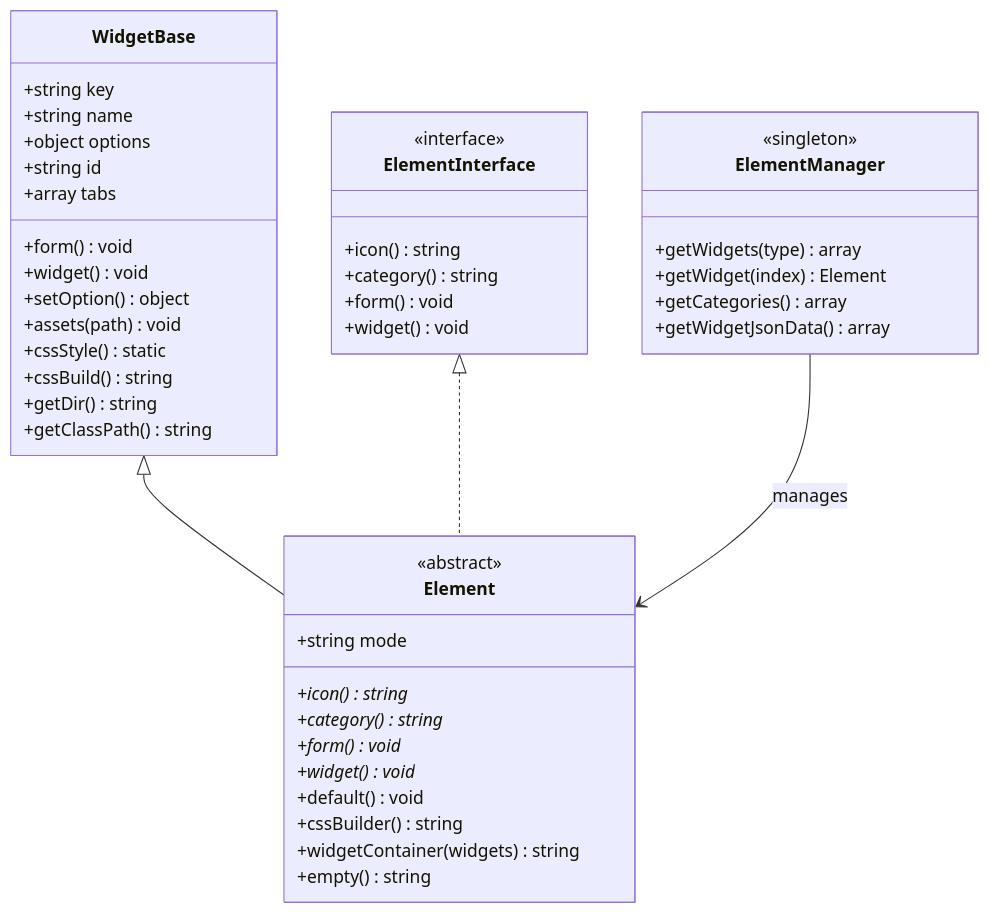
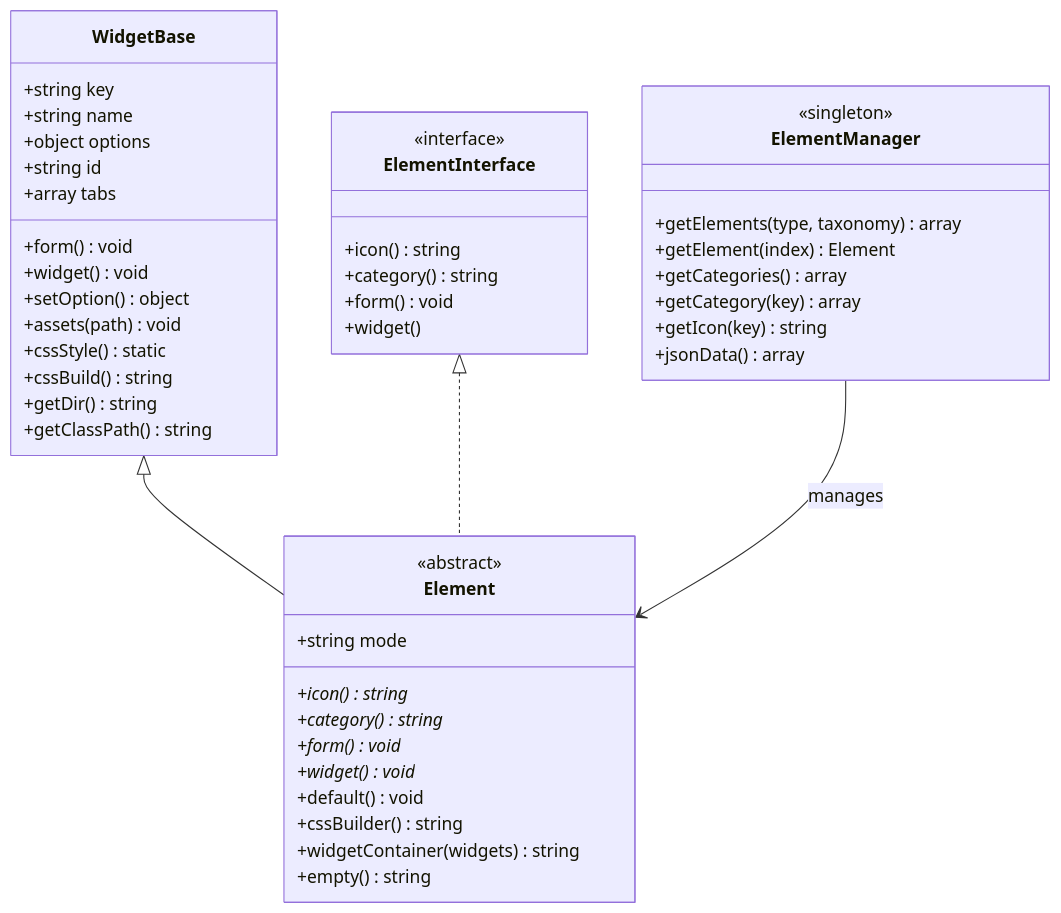
Before and after one commit to huutrongdev93/cms-docs: the first of 3 diagrams in docs/doc/10-Theme Development/07-Theme-Elements.md, drawn with Mermaid. The commit also changed other lines of this file and 91 other files, not shown here.

````diff
--- a/docs/doc/10-Theme Development/07-Theme-Elements.md
+++ b/docs/doc/10-Theme Development/07-Theme-Elements.md
@@ -9,51 +9,53 @@
 ```mermaid
 classDiagram
     class WidgetBase {
         +string key
         +string name
         +object options
         +string id
         +array tabs
         +form() void
         +widget() void
         +setOption() object
         +assets(path) void
         +cssStyle() static
         +cssBuild() string
         +getDir() string
         +getClassPath() string
     }
 
     class Element {
         <<abstract>>
         +string mode
         +icon() string*
         +category() string*
         +form() void*
         +widget() void*
         +default() void
         +cssBuilder() string
         +widgetContainer(widgets) string
         +empty() string
     }
 
     class ElementInterface {
         <<interface>>
         +icon() string
         +category() string
         +form() void
-        +widget() void
+        +widget()
     }
 
     class ElementManager {
         <<singleton>>
-        +getWidgets(type) array
-        +getWidget(index) Element
+        +getElements(type, taxonomy) array
+        +getElement(index) Element
         +getCategories() array
-        +getWidgetJsonData() array
+        +getCategory(key) array
+        +getIcon(key) string
+        +jsonData() array
     }
 
     WidgetBase <|-- Element
     ElementInterface <|.. Element
     ElementManager --> Element : manages
 ```
````
